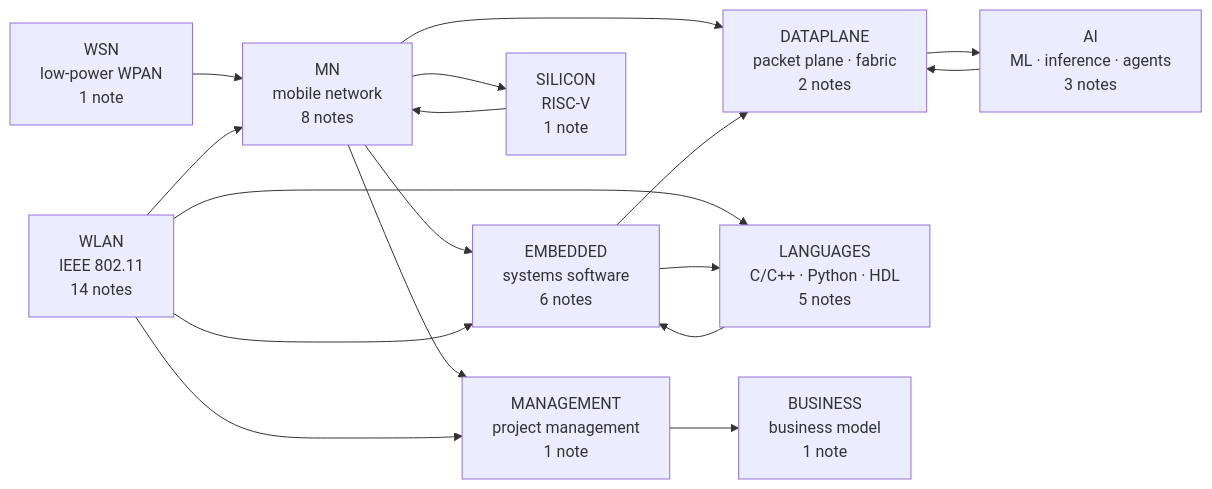
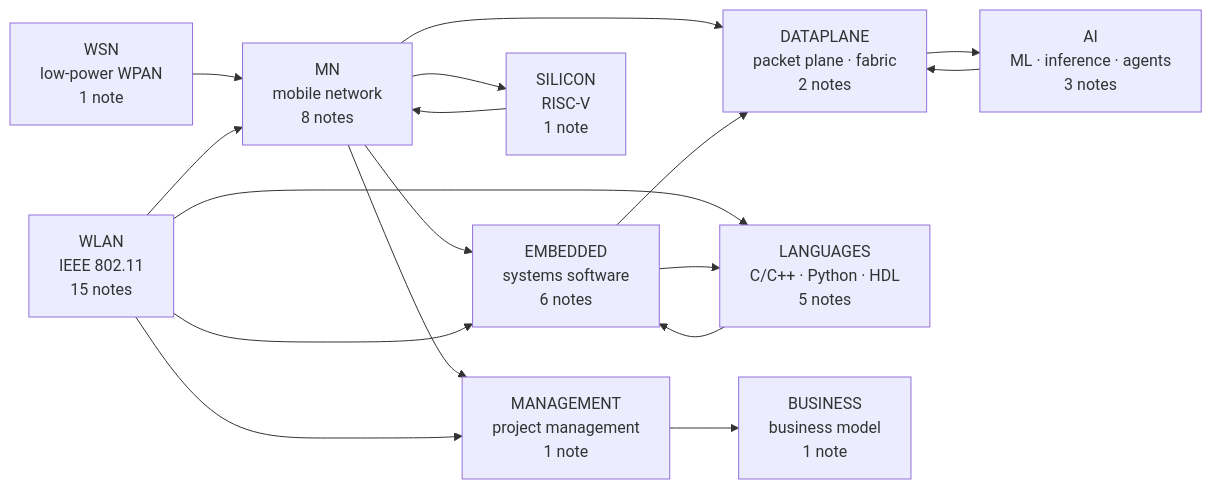
Before and after one commit to washingtonxr/xSkills: the diagram in knowledge-graph/00 MOC - Comms x Compute x AI Knowledge Graph.md, drawn with Mermaid. The commit also changed other lines of this file and 7 other files, not shown here.

````diff
--- a/knowledge-graph/00 MOC - Comms x Compute x AI Knowledge Graph.md
+++ b/knowledge-graph/00 MOC - Comms x Compute x AI Knowledge Graph.md
@@ -37,30 +37,30 @@
 ```mermaid
 flowchart LR
     MN["MN<br/>mobile network<br/>8 notes"]
-    WLAN["WLAN<br/>IEEE 802.11<br/>14 notes"]
+    WLAN["WLAN<br/>IEEE 802.11<br/>15 notes"]
     WSN["WSN<br/>low-power WPAN<br/>1 note"]
     EMBEDDED["EMBEDDED<br/>systems software<br/>6 notes"]
     DATAPLANE["DATAPLANE<br/>packet plane · fabric<br/>2 notes"]
     AI["AI<br/>ML · inference · agents<br/>3 notes"]
     SILICON["SILICON<br/>RISC-V<br/>1 note"]
     LANGUAGES["LANGUAGES<br/>C/C++ · Python · HDL<br/>5 notes"]
     MANAGEMENT["MANAGEMENT<br/>project management<br/>1 note"]
     BUSINESS["BUSINESS<br/>business model<br/>1 note"]
 
     WSN --> MN
     WLAN --> MN
     MN --> EMBEDDED
     MN --> DATAPLANE
     MN --> SILICON
     SILICON --> MN
     WLAN --> EMBEDDED
     WLAN --> LANGUAGES
     EMBEDDED --> LANGUAGES
     LANGUAGES --> EMBEDDED
     EMBEDDED --> DATAPLANE
     DATAPLANE --> AI
     AI --> DATAPLANE
     MN --> MANAGEMENT
     WLAN --> MANAGEMENT
     MANAGEMENT --> BUSINESS
 ```
````
